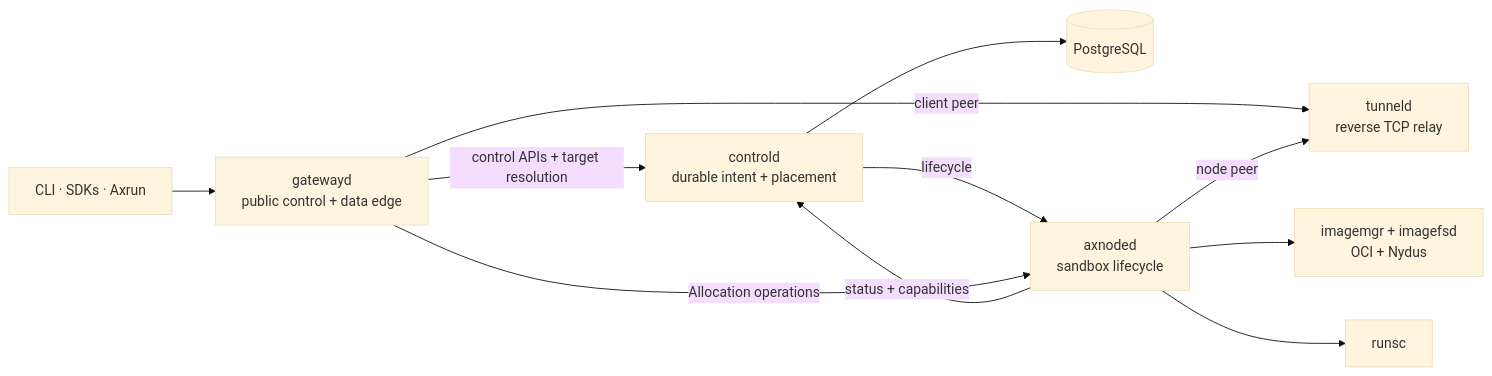
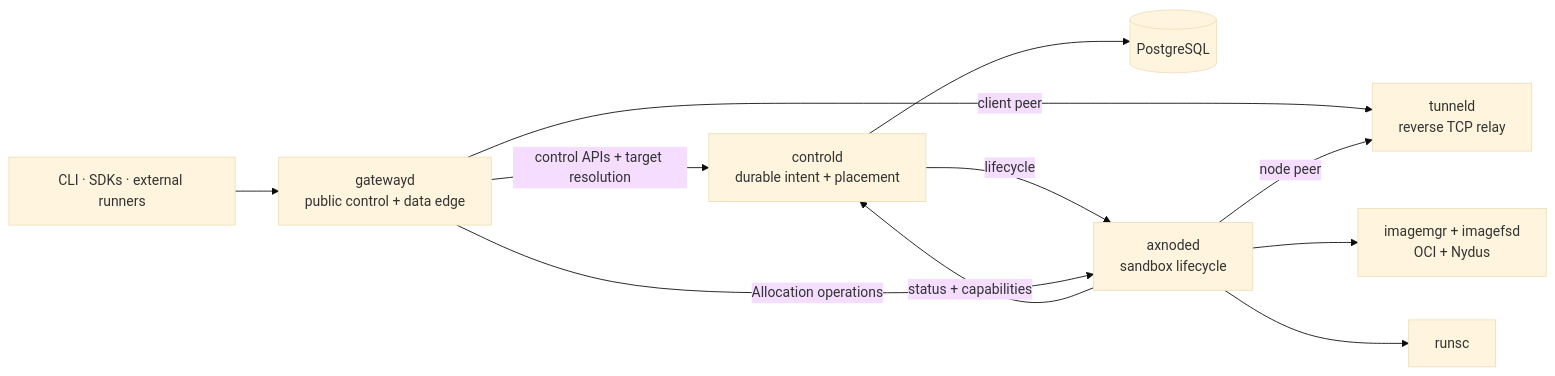
The diagram in apps/docs/src/content/docs/architecture/index.md (cofy-x/axern), drawn with Mermaid (base theme) before and after one commit. The commit also changed other lines of this file and 413 other files, not shown here.

````diff
--- a/apps/docs/src/content/docs/architecture/index.md
+++ b/apps/docs/src/content/docs/architecture/index.md
@@ -8,13 +8,13 @@
 ```mermaid
 flowchart LR
-    Clients["CLI · SDKs · Axrun"] --> Gateway["gatewayd\npublic control + data edge"]
+    Clients["CLI · SDKs · external runners"] --> Gateway["gatewayd\npublic control + data edge"]
     Gateway -->|control APIs + target resolution| Control["controld\ndurable intent + placement"]
     Control --> Postgres[(PostgreSQL)]
     Control -->|lifecycle| Node["axnoded\nsandbox lifecycle"]
     Node -->|status + capabilities| Control
     Gateway -->|Allocation operations| Node
     Gateway -->|client peer| Tunnel["tunneld\nreverse TCP relay"]
     Node -->|node peer| Tunnel
     Node --> Image["imagemgr + imagefsd\nOCI + Nydus"]
     Node --> Runtime["runsc"]
 ```
````
